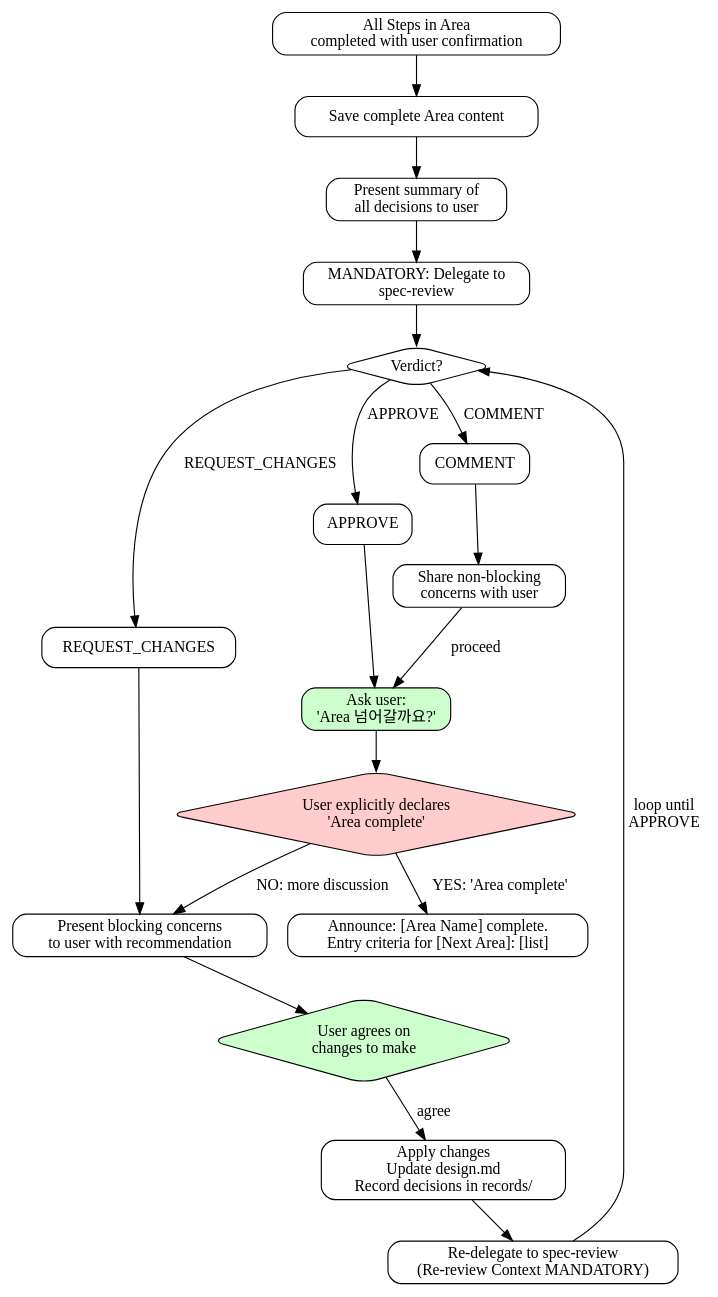
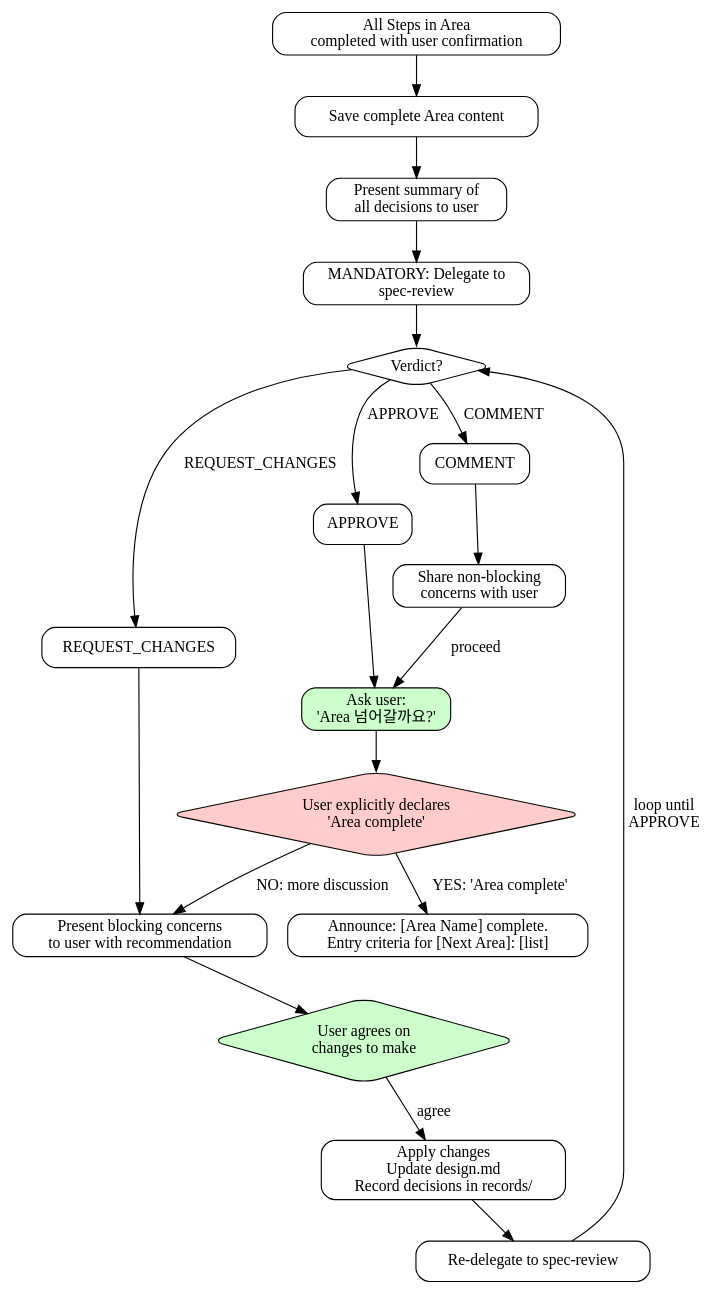
One commit to toongri/oh-my-toong-playground changed the third of 3 diagrams in skills/spec/SKILL.md. Above: the diagram before and after it, drawn with Graphviz. The commit also changed other lines of this file and 1 other file, not shown here.

Commit message:
docs: sisyphus/spec 재리뷰 컨텍스트 제거

````diff
--- a/skills/spec/SKILL.md
+++ b/skills/spec/SKILL.md
@@ -874,49 +833,49 @@
 ```dot
 digraph area_completion {
     rankdir=TB;
     node [shape=box, style=rounded];
 
     all_steps [label="All Steps in Area\ncompleted with user confirmation"];
     save_area [label="Save complete Area content"];
     present_summary [label="Present summary of\nall decisions to user"];
     delegate_reviewer [label="MANDATORY: Delegate to\nspec-review"];
     check_verdict [label="Verdict?", shape=diamond];
 
     approve [label="APPROVE"];
     ask_complete [label="Ask user:\n'Area 넘어갈까요?'", style="rounded,filled", fillcolor="#ccffcc"];
     user_final [label="User explicitly declares\n'Area complete'", shape=diamond, style="rounded,filled", fillcolor="#ffcccc"];
     announce_next [label="Announce: [Area Name] complete.\nEntry criteria for [Next Area]: [list]"];
 
     request_changes [label="REQUEST_CHANGES"];
     present_feedback [label="Present blocking concerns\nto user with recommendation"];
     user_consensus [label="User agrees on\nchanges to make", shape=diamond, style="rounded,filled", fillcolor="#ccffcc"];
     incorporate [label="Apply changes\nUpdate design.md\nRecord decisions in records/"];
-    re_review [label="Re-delegate to spec-review\n(Re-review Context MANDATORY)"];
+    re_review [label="Re-delegate to spec-review"];
 
     comment [label="COMMENT"];
     share_comment [label="Share non-blocking\nconcerns with user"];
 
     all_steps -> save_area;
     save_area -> present_summary;
     present_summary -> delegate_reviewer;
     delegate_reviewer -> check_verdict;
 
     check_verdict -> approve [label="APPROVE"];
     approve -> ask_complete;
     ask_complete -> user_final;
 
     check_verdict -> request_changes [label="REQUEST_CHANGES"];
     request_changes -> present_feedback;
     present_feedback -> user_consensus;
     user_consensus -> incorporate [label="agree"];
     incorporate -> re_review;
     re_review -> check_verdict [label="loop until\nAPPROVE"];
 
     check_verdict -> comment [label="COMMENT"];
     comment -> share_comment;
     share_comment -> ask_complete [label="proceed"];
 
     user_final -> announce_next [label="YES: 'Area complete'"];
     user_final -> present_feedback [label="NO: more discussion"];
 }
 ```
````
